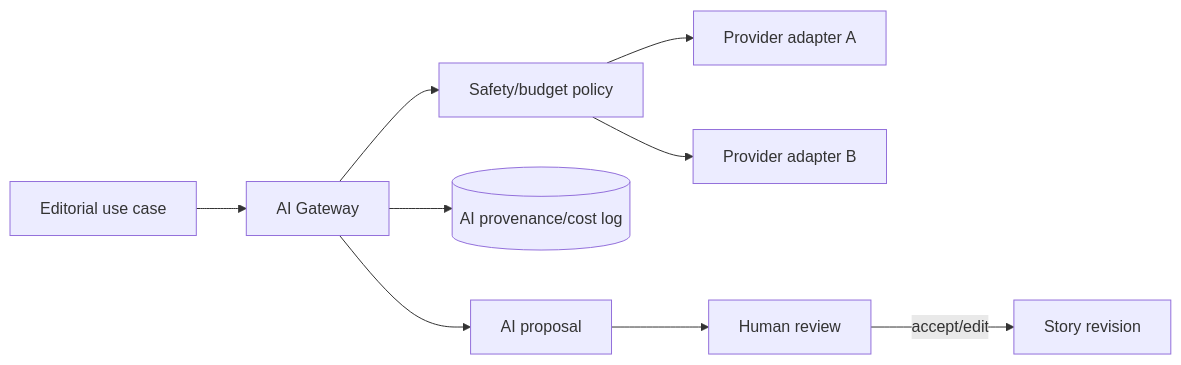
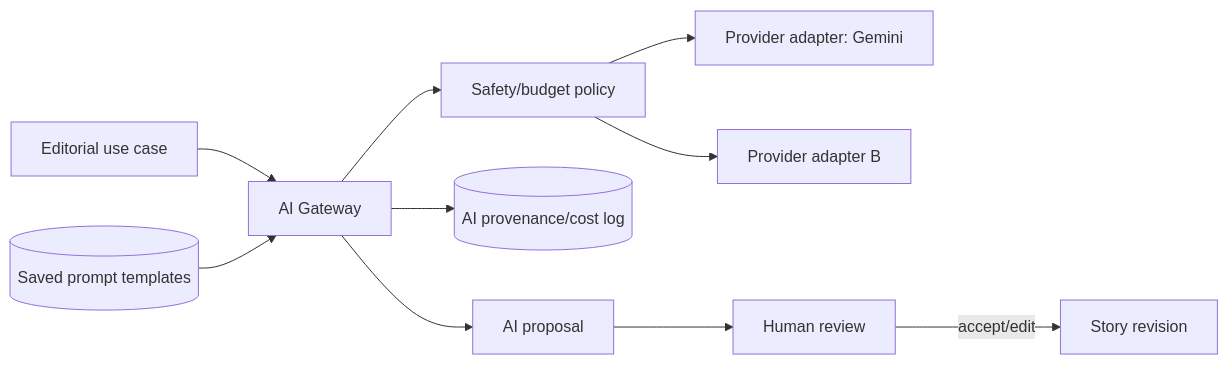
One commit to Cipher-Text/fact-lens changed the diagram in docs/11-ai-architecture.md. Above: the diagram before and after it, drawn with Mermaid. The commit also changed other lines of this file and 6 other files, not shown here.

Commit message:
feat: Update documentation to clarify AI architecture, rewrite policies, and address copyright concerns

````diff
--- a/docs/11-ai-architecture.md
+++ b/docs/11-ai-architecture.md
@@ -7,11 +7,12 @@
 ```mermaid
 flowchart LR
   USE[Editorial use case] --> G[AI Gateway]
+  PT[(Saved prompt templates)] --> G
   G --> POLICY[Safety/budget policy]
-  POLICY --> P1[Provider adapter A]
+  POLICY --> P1[Provider adapter: Gemini]
   POLICY --> P2[Provider adapter B]
   G --> LOG[(AI provenance/cost log)]
   G --> PROP[AI proposal]
   PROP --> REVIEW[Human review]
   REVIEW -->|accept/edit| REV[Story revision]
 ```
````
